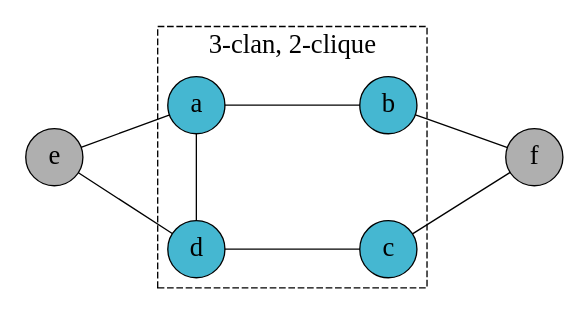
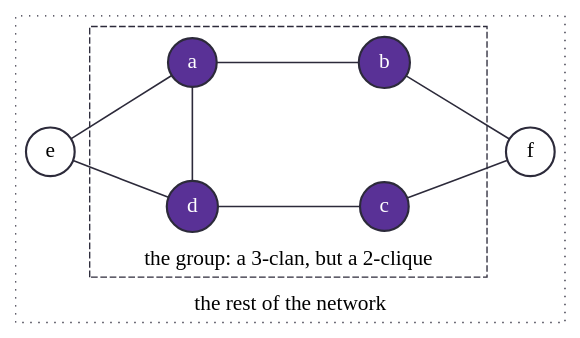
Before and after one commit to skojaku/adv-net-sci: the fourth of 4 diagrams in lecture-note/m05-clustering/01-concepts.qmd, drawn with Graphviz. The commit also changed other lines of this file and 67 other files, not shown here.

````diff
--- a/lecture-note/m05-clustering/01-concepts.qmd
+++ b/lecture-note/m05-clustering/01-concepts.qmd
@@ -192,47 +202,44 @@
 ```{dot}
 //| fig-width: 6
 //| fig-height: 3
 //| fig-align: center
 graph G {
     layout=fdp;
-    node [shape=circle, style=filled, fontsize=20, width=0.4, fillcolor=black];
-    edge [len=1.2];
+    node [shape=circle, style=filled, fontsize=16, width=0.4, fillcolor=white, color="#2c2a3a", penwidth=1.6];
+    edge [len=1.2, color="#2c2a3a", penwidth=1.2];
 
-    // 2-Clique (larger dashed box)
-    subgraph cluster_clique {
-        style=dashed;
+    subgraph cluster_outside {
+        label="the rest of the network";
+        labelloc="b";
+        style=dotted;
+        color="#2c2a3a";
         fontsize=16;
-        peripheries=0;
+        peripheries=1;
 
-        // 2-Clan (inner solid box)
         subgraph cluster_clan {
-            label="3-clan, 2-clique";
+            label="the group: a 3-clan, but a 2-clique";
             style=dashed;
-            fontsize=20;
+            color="#2c2a3a";
+            fontsize=16;
             peripheries=1;
 
-            // Inner square/rectangle of 4 nodes
-            a [pos="2,2!" fillcolor="#45b7d1"];
-            b [pos="4,2!" fillcolor="#45b7d1"];
-            c [pos="4,0.5!" fillcolor="#45b7d1"];
-            d [pos="2,0.5!" fillcolor="#45b7d1"];
+            a [pos="2,2!" fillcolor="#593196" fontcolor=white];
+            b [pos="4,2!" fillcolor="#593196" fontcolor=white];
+            c [pos="4,0.5!" fillcolor="#593196" fontcolor=white];
+            d [pos="2,0.5!" fillcolor="#593196" fontcolor=white];
 
-            // Square connections
             a -- b;
             c -- d;
             d -- a;
-
         }
 
-        // Two external nodes connected to the clan
-        e [pos="0.5,1.25!" fillcolor="#afafaf"];
-        f [pos="5.5,1.25!" fillcolor="#afafaf"];
+        e [pos="0.5,1.25!"];
+        f [pos="5.5,1.25!"];
 
-        // External connections
         e -- a;
         e -- d;
         f -- b;
         f -- c;
     }
 }
 ```
````
